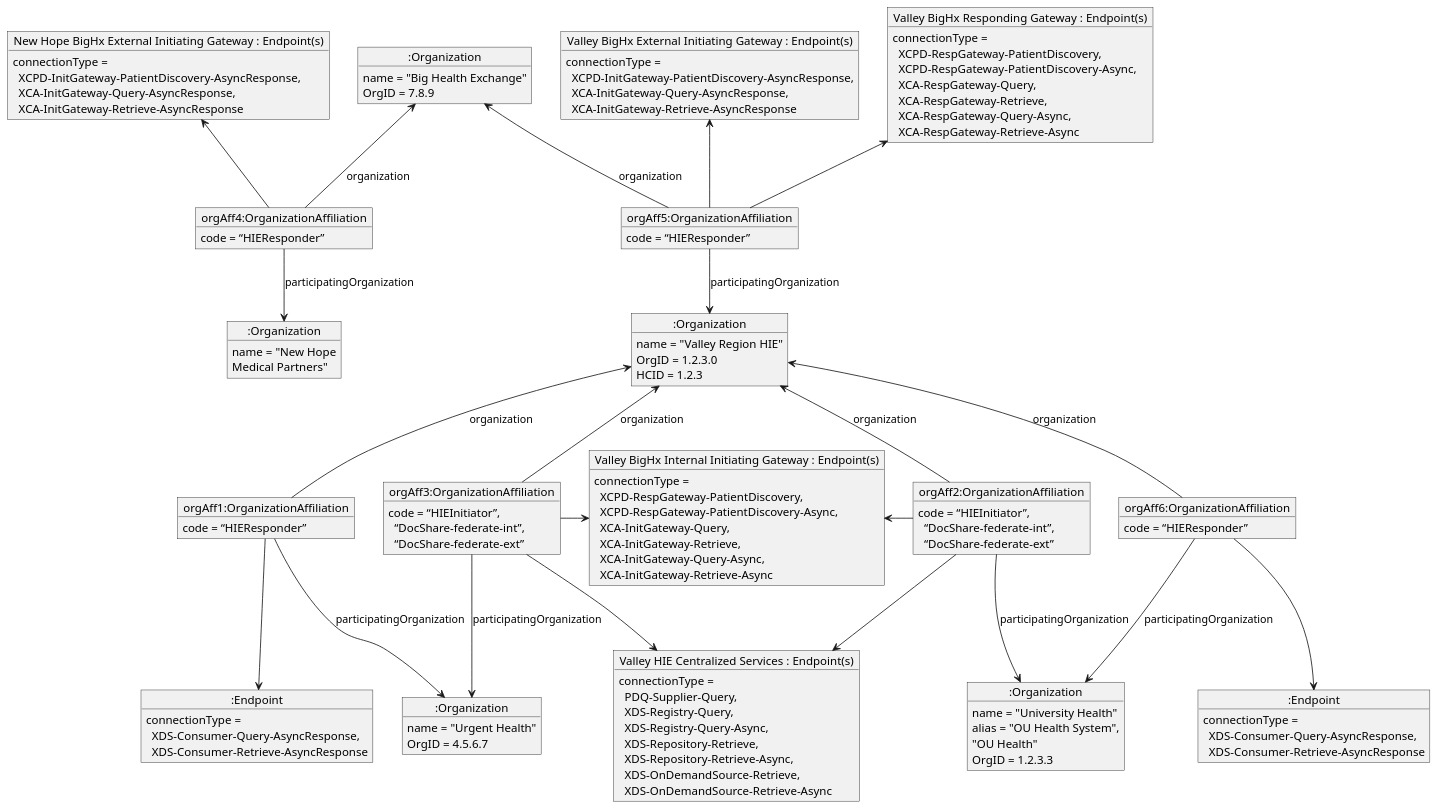
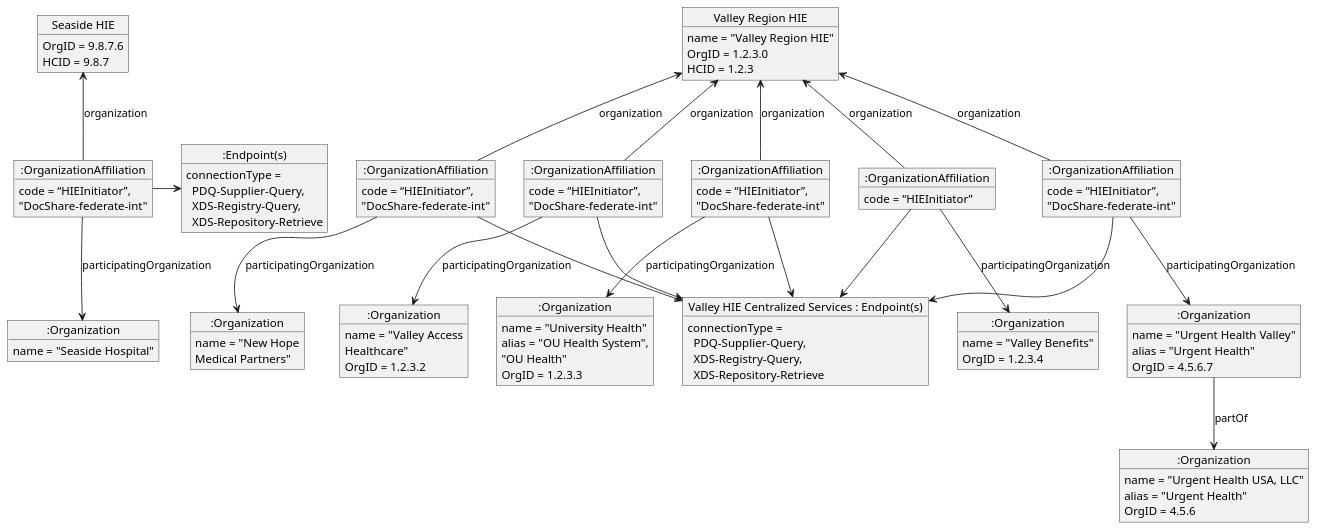
One commit to IHE/ITI.Topologies changed the diagram in images-source/access-intra-central-orgAff.plantuml. Above: the diagram before and after it, drawn with PlantUML.

Commit message:
Fixed per committee work

```diff
--- a/images-source/access-intra-central-orgAff.plantuml
+++ b/images-source/access-intra-central-orgAff.plantuml
@@ -1,88 +1,86 @@
 @startuml
 hide footbox
-
-object ":Organization" as nhie
-nhie : name = "Big Health Exchange"
-nhie : OrgID = 7.8.9
+allowmixing
 
 object ":Organization" as Partners
 Partners : name = "New Hope\nMedical Partners"
 
-object "New Hope BigHx External Initiating Gateway : Endpoint(s)" as ig1
-ig1 : connectionType =\n  XCPD-InitGateway-PatientDiscovery-AsyncResponse,\n  XCA-InitGateway-Query-AsyncResponse,\n  XCA-InitGateway-Retrieve-AsyncResponse
+object "Seaside HIE" as hie2
+hie2 : OrgID = 9.8.7.6
+hie2 : HCID = 9.8.7
+object ":Endpoint(s)" as sEndpoints
+sEndpoints : connectionType = \n  PDQ-Supplier-Query,\n  XDS-Registry-Query,\n  XDS-Repository-Retrieve
 
-object "orgAff4:OrganizationAffiliation" as OrgAff4
-OrgAff4 : code = “HIEResponder”
-OrgAff4 --> Partners : participatingOrganization
-nhie <-- OrgAff4 : organization
-ig1 <-- OrgAff4
-
-object ":Organization" as hie
+object "Valley Region HIE" as hie
 hie : name = "Valley Region HIE"
 hie : OrgID = 1.2.3.0
 hie : HCID = 1.2.3
 
-object "orgAff5:OrganizationAffiliation" as OrgAff5
-OrgAff5 : code = “HIEResponder”
-OrgAff5 --> hie : participatingOrganization
-nhie <-- OrgAff5 : organization
-
-object "Valley BigHx Responding Gateway : Endpoint(s)" as rg1
-rg1 : connectionType = \n  XCPD-RespGateway-PatientDiscovery,\n  XCPD-RespGateway-PatientDiscovery-Async,\n  XCA-RespGateway-Query,\n  XCA-RespGateway-Retrieve,\n  XCA-RespGateway-Query-Async,\n  XCA-RespGateway-Retrieve-Async
-rg1 <-- OrgAff5
-
-object "Valley BigHx External Initiating Gateway : Endpoint(s)" as ig2
-ig2 : connectionType =\n  XCPD-InitGateway-PatientDiscovery-AsyncResponse,\n  XCA-InitGateway-Query-AsyncResponse,\n  XCA-InitGateway-Retrieve-AsyncResponse
-ig2 <-- OrgAff5
-
-object "Valley BigHx Internal Initiating Gateway : Endpoint(s)" as ig3
-ig3 : connectionType = \n  XCPD-RespGateway-PatientDiscovery,\n  XCPD-RespGateway-PatientDiscovery-Async,\n  XCA-InitGateway-Query,\n  XCA-InitGateway-Retrieve,\n  XCA-InitGateway-Query-Async,\n  XCA-InitGateway-Retrieve-Async
-
-object "Valley HIE Centralized Services : Endpoint(s)" as hieEndpoints
-hieEndpoints : connectionType = \n  PDQ-Supplier-Query,\n  XDS-Registry-Query,\n  XDS-Registry-Query-Async,\n  XDS-Repository-Retrieve,\n  XDS-Repository-Retrieve-Async,\n  XDS-OnDemandSource-Retrieve,\n  XDS-OnDemandSource-Retrieve-Async
+object ":Organization" as Valley
+Valley : name = "Valley Access\nHealthcare"
+Valley : OrgID = 1.2.3.2
 
 object ":Organization" as OU
 OU : name = "University Health"
 OU : alias = "OU Health System",\n"OU Health"
 OU : OrgID = 1.2.3.3
 
 object ":Organization" as Urgent
-Urgent : name = "Urgent Health"
+Urgent : name = "Urgent Health Valley"
+Urgent : alias = "Urgent Health"
 Urgent : OrgID = 4.5.6.7
 
-object "orgAff1:OrganizationAffiliation" as OrgAff1
-OrgAff1 : code = “HIEResponder”
-OrgAff1 --> Urgent : participatingOrganization
+object ":Organization" as UrgentNational
+UrgentNational : name = "Urgent Health USA, LLC"
+UrgentNational : alias = "Urgent Health"
+UrgentNational : OrgID = 4.5.6
+Urgent --> UrgentNational : partOf
+
+object ":Organization" as Benefits
+Benefits : name = "Valley Benefits"
+Benefits : OrgID = 1.2.3.4
+
+object ":OrganizationAffiliation" as OrgAff4
+OrgAff4 --> Partners : participatingOrganization
+hie <-- OrgAff4 : organization
+OrgAff4 : code = “HIEInitiator”,\n"DocShare-federate-int"
+
+object "Valley HIE Centralized Services : Endpoint(s)" as vEndpoints
+vEndpoints : connectionType = \n  PDQ-Supplier-Query,\n  XDS-Registry-Query,\n  XDS-Repository-Retrieve
+
+object ":OrganizationAffiliation" as OrgAff1
+OrgAff1 : code = “HIEInitiator”,\n"DocShare-federate-int"
+OrgAff1 --> Valley : participatingOrganization
 hie <-- OrgAff1 : organization
 
-object "orgAff2:OrganizationAffiliation" as OrgAff2
-OrgAff2 : code = “HIEInitiator”,\n  “DocShare-federate-int”,\n  “DocShare-federate-ext”
+object ":OrganizationAffiliation" as OrgAff2
+OrgAff2 : code = “HIEInitiator”,\n"DocShare-federate-int"
 OrgAff2 --> OU : participatingOrganization
 hie <-- OrgAff2 : organization
-ig3 <- OrgAff2
-OrgAff2 -> hieEndpoints
 
-object "orgAff3:OrganizationAffiliation" as OrgAff3
-OrgAff3 : code = “HIEInitiator”,\n  “DocShare-federate-int”,\n  “DocShare-federate-ext”
+object ":OrganizationAffiliation" as OrgAff3
+OrgAff3 : code = “HIEInitiator”,\n"DocShare-federate-int"
 OrgAff3 --> Urgent : participatingOrganization
 hie <-- OrgAff3 : organization
-OrgAff3 -> ig3
-OrgAff3 -> hieEndpoints
 
-object "orgAff6:OrganizationAffiliation" as OrgAff6
-OrgAff6 : code = “HIEResponder”
-OrgAff6 --> OU : participatingOrganization
-hie <-- OrgAff6 : organization
+object ":OrganizationAffiliation" as OrgAff5
+OrgAff5 --> Benefits : participatingOrganization
+OrgAff5 : code = “HIEInitiator”
+hie <-- OrgAff5 : organization
 
-ig3 -[hidden]- hieEndpoints
-OrgAff1 -[hidden] OrgAff3
+OrgAff1 --> vEndpoints
+OrgAff2 --> vEndpoints
+OrgAff3 --> vEndpoints
+OrgAff4 --> vEndpoints
+OrgAff5 --> vEndpoints
 
-object ":Endpoint" as con2
-con2 : connectionType = \n  XDS-Consumer-Query-AsyncResponse,\n  XDS-Consumer-Retrieve-AsyncResponse
-OrgAff6 --> con2
+object ":Organization" as SeasideHosp
+SeasideHosp : name = "Seaside Hospital"
+object ":OrganizationAffiliation" as OrgAff6
+OrgAff6 --> SeasideHosp : participatingOrganization
+OrgAff6 : code = “HIEInitiator”,\n"DocShare-federate-int"
+hie2 <-- OrgAff6 : organization
+OrgAff6 -> sEndpoints
 
-object ":Endpoint" as con3
-con3 : connectionType = \n  XDS-Consumer-Query-AsyncResponse,\n  XDS-Consumer-Retrieve-AsyncResponse
-OrgAff1 --> con3
 
 @enduml
```
